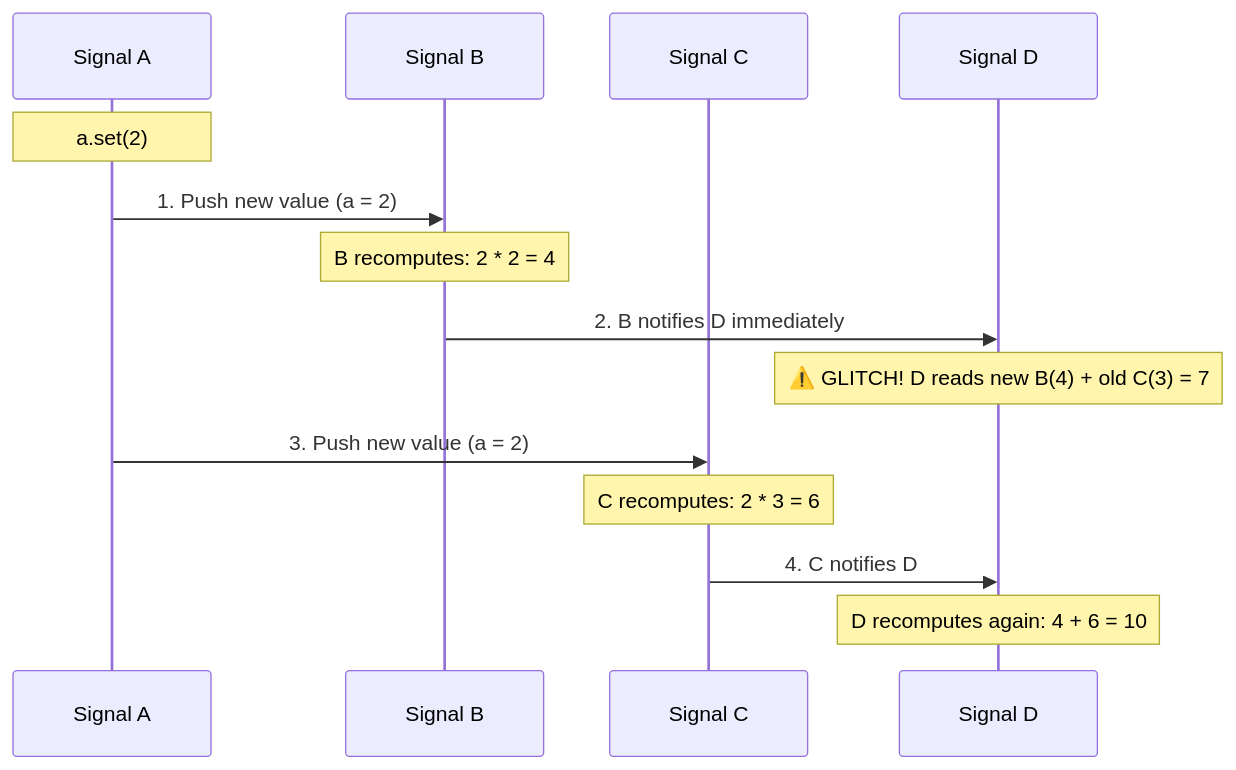
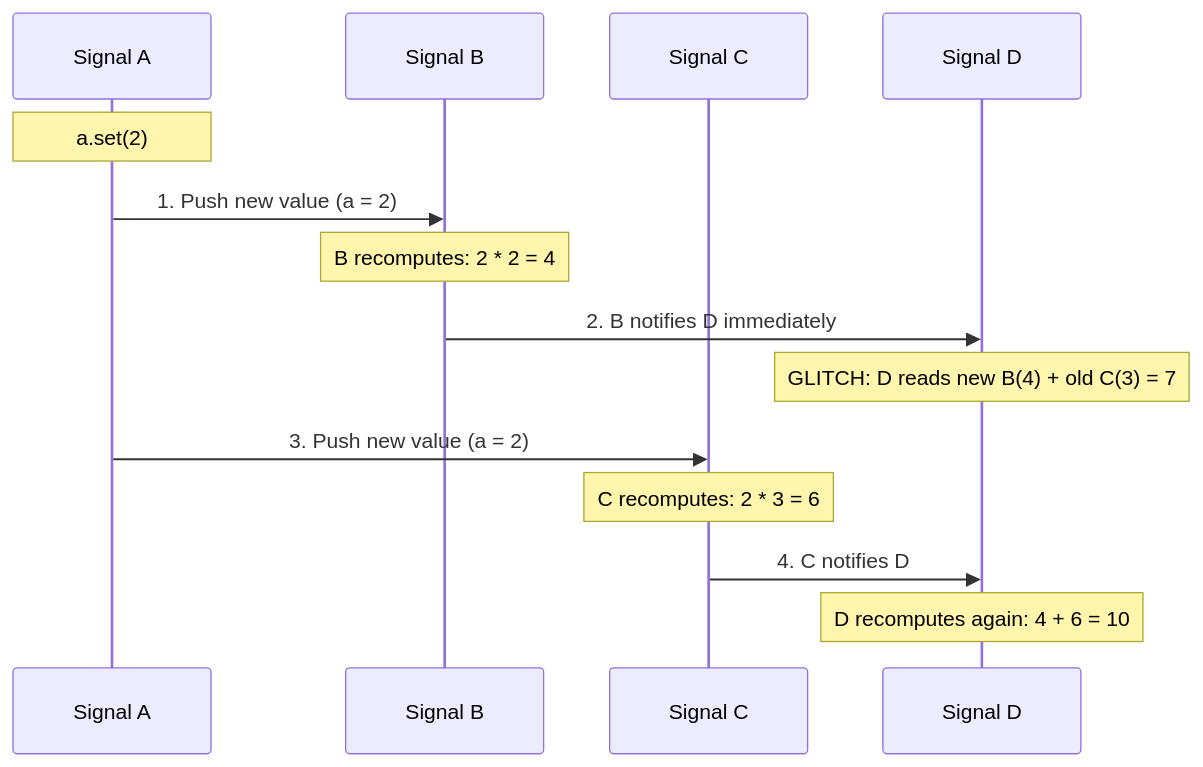
The second of 7 diagrams in signals/angular-signals-interview-guide.md (AshutoshChoubey/angular-interview-worldgyan.com), drawn with Mermaid before and after one commit. The commit also changed other lines of this file and 1 other file, not shown here.

Commit message:
fix(docs): fix Mermaid diagram syntax errors for GitHub rendering

````diff
--- a/signals/angular-signals-interview-guide.md
+++ b/signals/angular-signals-interview-guide.md
@@ -146,17 +146,17 @@
 ```mermaid
 sequenceDiagram
     participant A as Signal A
     participant B as Signal B
     participant C as Signal C
     participant D as Signal D
 
     Note over A: a.set(2)
     A->>B: 1. Push new value (a = 2)
     Note over B: B recomputes: 2 * 2 = 4
     B->>D: 2. B notifies D immediately
-    Note over D: ⚠️ GLITCH! D reads new B(4) + old C(3) = 7
+    Note over D: GLITCH: D reads new B(4) + old C(3) = 7
     A->>C: 3. Push new value (a = 2)
     Note over C: C recomputes: 2 * 3 = 6
     C->>D: 4. C notifies D
     Note over D: D recomputes again: 4 + 6 = 10
 ```
````
